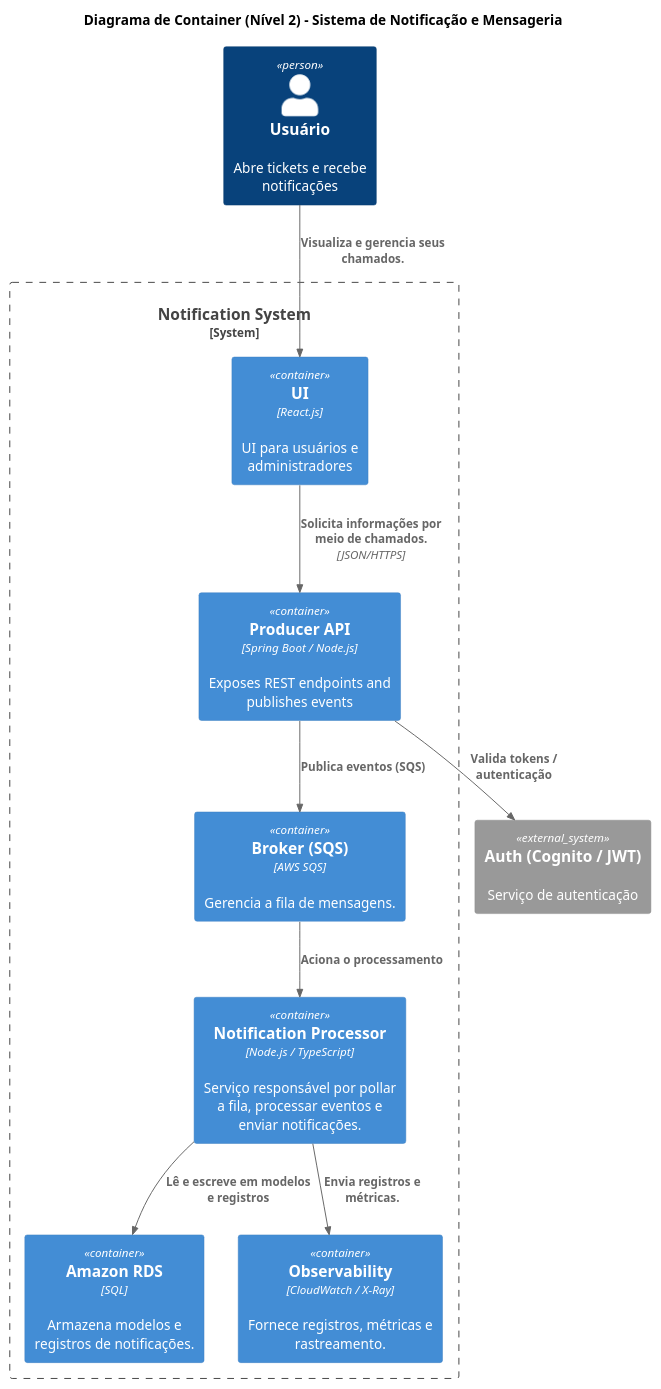
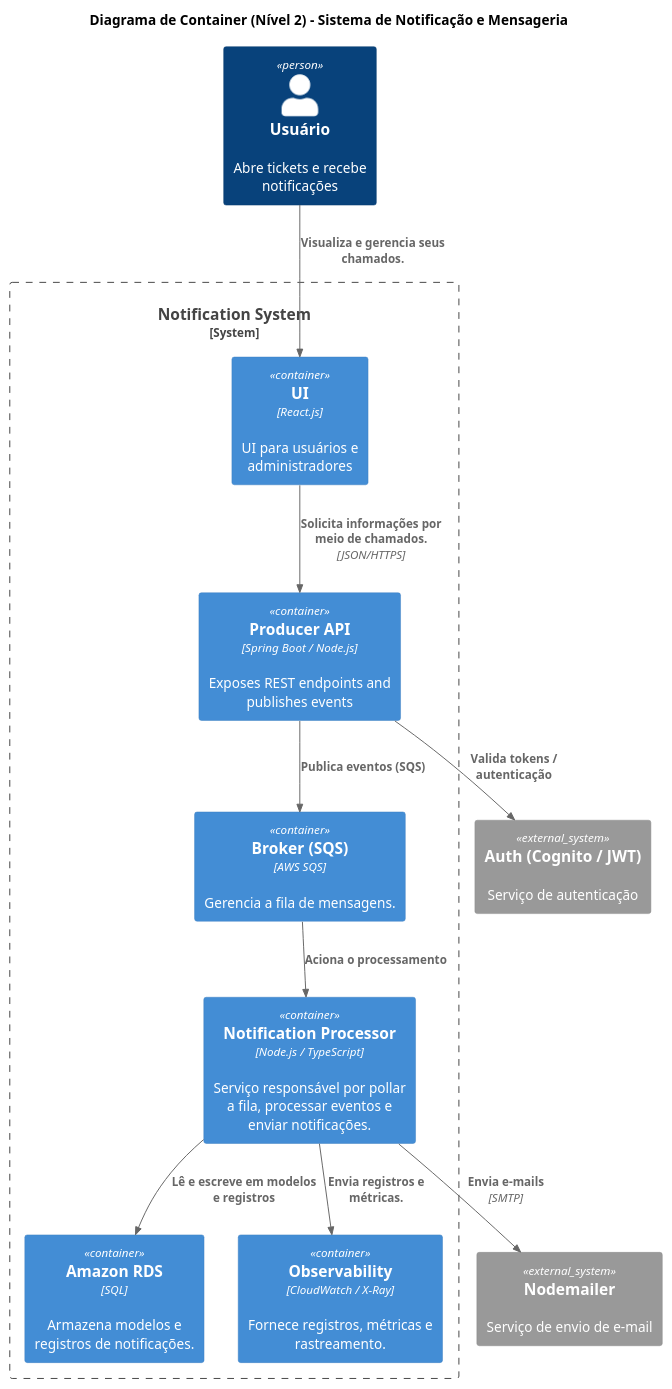
The diagram in documentacao/C4/container.puml (MiqueiasBento/Sistema-de-Notificacao-e-Mensageria), drawn with PlantUML before and after one commit. The commit also changed 11 other files, not shown here.

```diff
--- a/documentacao/C4/container.puml
+++ b/documentacao/C4/container.puml
@@ -1,26 +1,28 @@
 @startuml HelpDesk_Containers
 !include https://raw.githubusercontent.com/plantuml-stdlib/C4-PlantUML/master/C4_Container.puml
 
 title Diagrama de Container (Nível 2) - Sistema de Notificação e Mensageria
 
 Person(user, "Usuário", "Abre tickets e recebe notificações")
 
 System_Boundary(system, "Notification System") {
   Container(UI, "UI", "React.js", "UI para usuários e administradores")
   Container(producer, "Producer API", "Spring Boot / Node.js", "Exposes REST endpoints and publishes events")
   Container(sqs, "Broker (SQS)", "AWS SQS", "Gerencia a fila de mensagens.")
   Container(notificationProcessor, "Notification Processor", "Node.js / TypeScript", "Serviço responsável por pollar a fila, processar eventos e enviar notificações.")
   Container(db, "Amazon RDS", "SQL", "Armazena modelos e registros de notificações.")
   Container(obs, "Observability", "CloudWatch / X-Ray", "Fornece registros, métricas e rastreamento.")
 }
 System_Ext(auth, "Auth (Cognito / JWT)", "Serviço de autenticação")
+System_Ext(email, "Nodemailer", "Serviço de envio de e-mail")
 
 Rel(user, UI , "Visualiza e gerencia seus chamados.")
 Rel(UI, producer, "Solicita informações por meio de chamados.", "JSON/HTTPS")
 Rel(producer, sqs, "Publica eventos (SQS)")
 Rel(sqs, notificationProcessor, "Aciona o processamento")
 Rel(notificationProcessor, db, "Lê e escreve em modelos e registros")
 Rel(notificationProcessor, obs, "Envia registros e métricas.")
 Rel(producer, auth, "Valida tokens / autenticação")
+Rel(notificationProcessor, email, "Envia e-mails", "SMTP")
 
 @enduml
```
